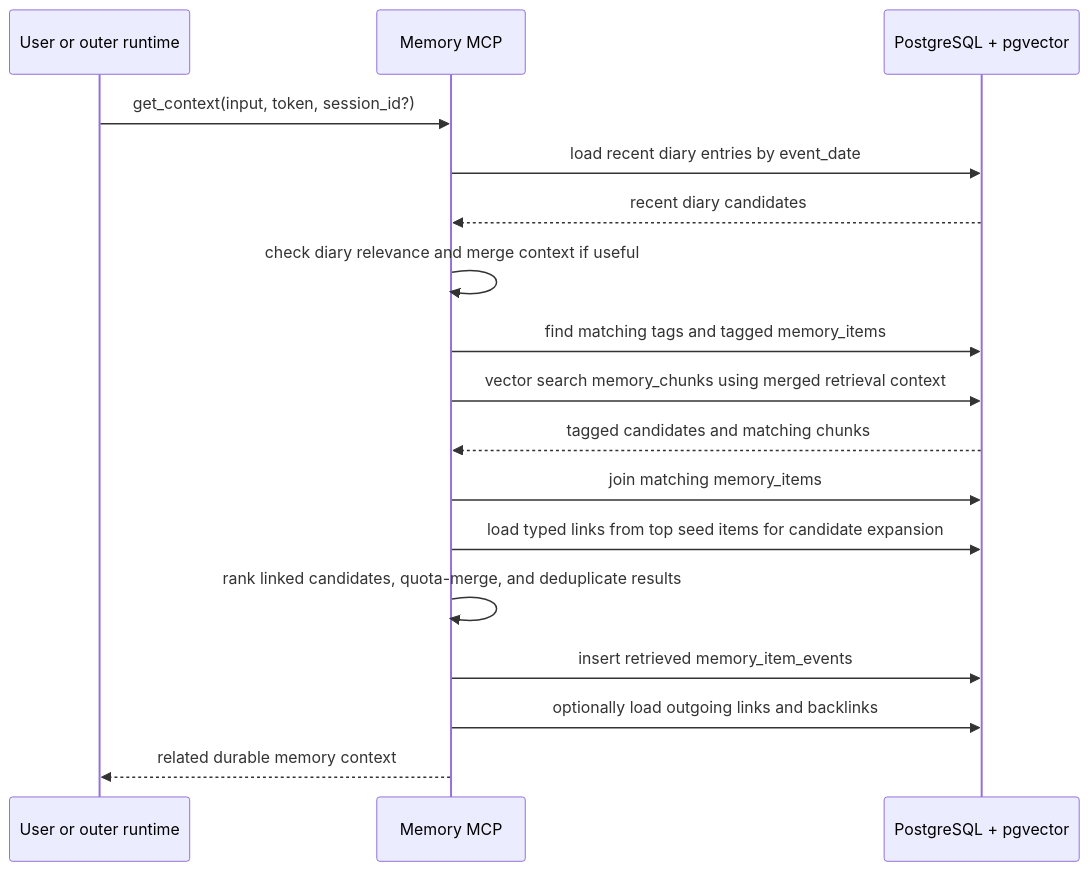
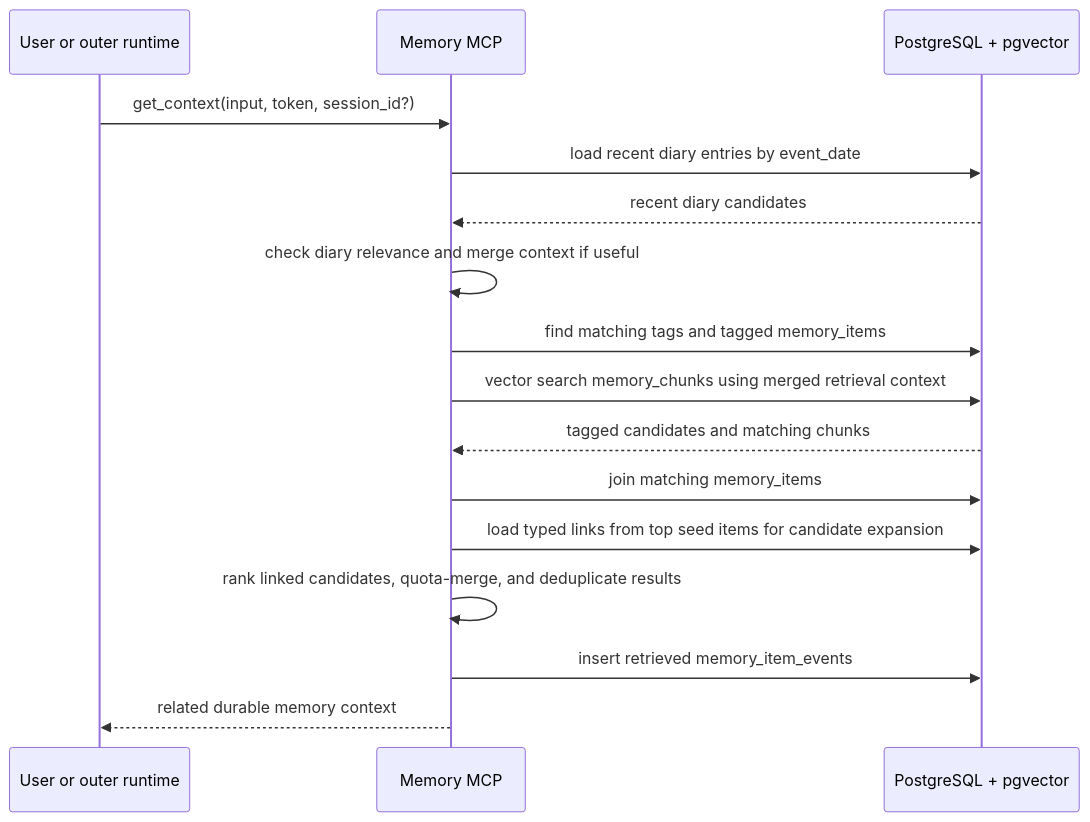
One commit to Oceankj/second_brain changed the eighth of 9 diagrams in docs/lifecycle.md. Above: the diagram before and after it, drawn with Mermaid. The commit also changed other lines of this file and 19 other files, not shown here.

````diff
--- a/docs/lifecycle.md
+++ b/docs/lifecycle.md
@@ -142,20 +138,19 @@
 ```mermaid
 sequenceDiagram
   participant Caller as User or outer runtime
   participant MCP as Memory MCP
   participant DB as PostgreSQL + pgvector
 
   Caller->>MCP: get_context(input, token, session_id?)
   MCP->>DB: load recent diary entries by event_date
   DB-->>MCP: recent diary candidates
   MCP->>MCP: check diary relevance and merge context if useful
   MCP->>DB: find matching tags and tagged memory_items
   MCP->>DB: vector search memory_chunks using merged retrieval context
   DB-->>MCP: tagged candidates and matching chunks
   MCP->>DB: join matching memory_items
   MCP->>DB: load typed links from top seed items for candidate expansion
   MCP->>MCP: rank linked candidates, quota-merge, and deduplicate results
   MCP->>DB: insert retrieved memory_item_events
-  MCP->>DB: optionally load outgoing links and backlinks
   MCP-->>Caller: related durable memory context
 ```
````
